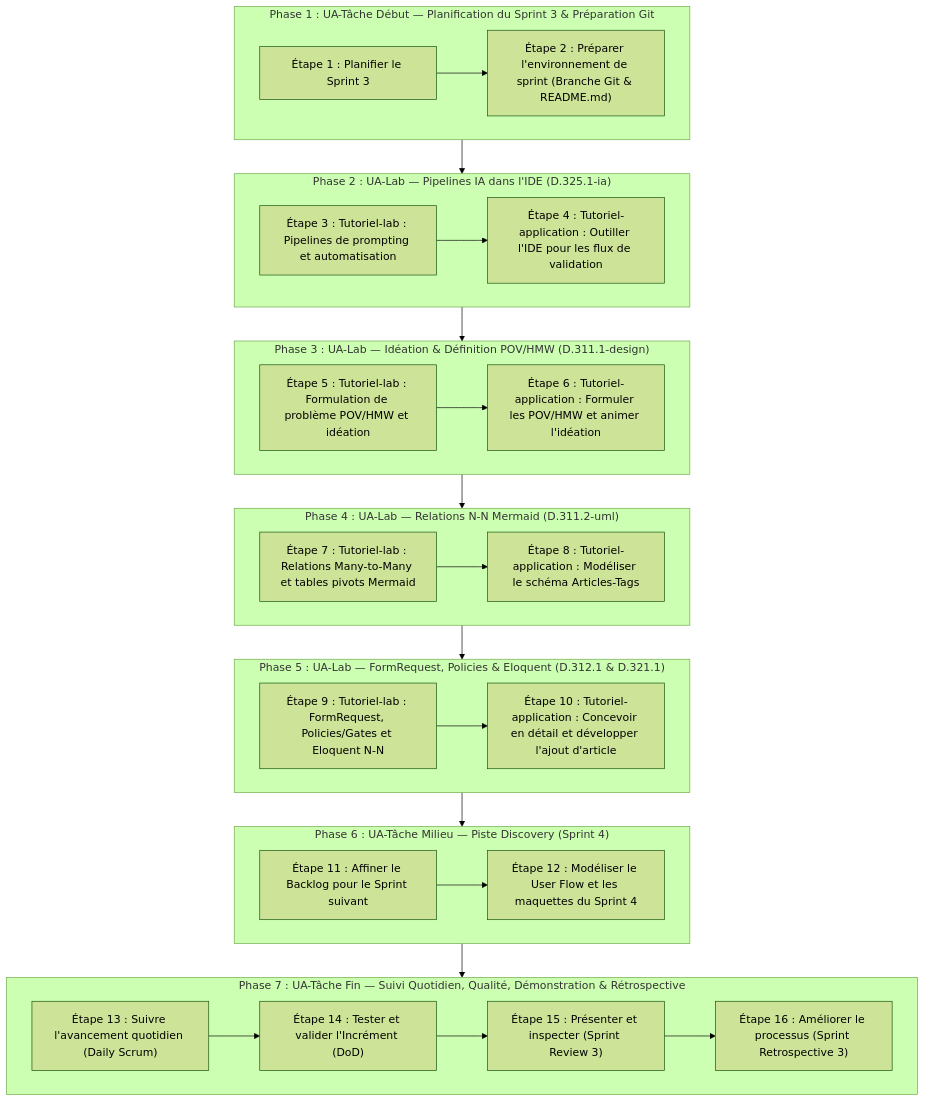
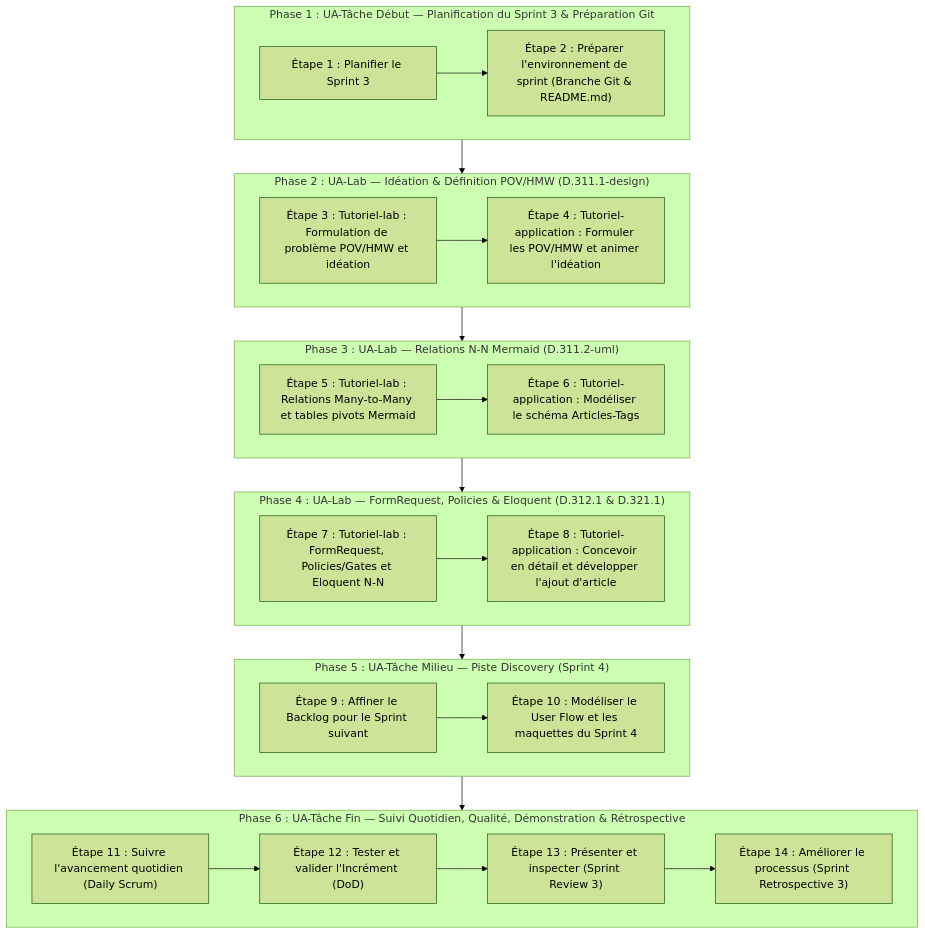
One commit to labs-web/projet-imiation-n3 changed the diagram in flux-travail/sessions/flux-travail-s3.md. Above: the diagram before and after it, drawn with Mermaid (forest theme). The commit also changed other lines of this file and 5 other files, not shown here.

````diff
--- a/flux-travail/sessions/flux-travail-s3.md
+++ b/flux-travail/sessions/flux-travail-s3.md
@@ -60,48 +57,42 @@
 ```mermaid
 flowchart TD
     subgraph P1 ["Phase 1 : UA-Tâche Début — Planification du Sprint 3 & Préparation Git"]
         E1["Étape 1 : Planifier le Sprint 3"]
         E2["Étape 2 : Préparer l'environnement de sprint (Branche Git & README.md)"]
         E1 --> E2
     end
 
-    subgraph P2 ["Phase 2 : UA-Lab — Pipelines IA dans l'IDE (D.325.1-ia)"]
-        E3["Étape 3 : Tutoriel-lab : Pipelines de prompting et automatisation"]
-        E4["Étape 4 : Tutoriel-application : Outiller l'IDE pour les flux de validation"]
+    subgraph P2 ["Phase 2 : UA-Lab — Idéation & Définition POV/HMW (D.311.1-design)"]
+        E3["Étape 3 : Tutoriel-lab : Formulation de problème POV/HMW et idéation"]
+        E4["Étape 4 : Tutoriel-application : Formuler les POV/HMW et animer l'idéation"]
         E3 --> E4
     end
 
-    subgraph P3 ["Phase 3 : UA-Lab — Idéation & Définition POV/HMW (D.311.1-design)"]
-        E5["Étape 5 : Tutoriel-lab : Formulation de problème POV/HMW et idéation"]
-        E6["Étape 6 : Tutoriel-application : Formuler les POV/HMW et animer l'idéation"]
+    subgraph P3 ["Phase 3 : UA-Lab — Relations N-N Mermaid (D.311.2-uml)"]
+        E5["Étape 5 : Tutoriel-lab : Relations Many-to-Many et tables pivots Mermaid"]
+        E6["Étape 6 : Tutoriel-application : Modéliser le schéma Articles-Tags"]
         E5 --> E6
     end
 
-    subgraph P4 ["Phase 4 : UA-Lab — Relations N-N Mermaid (D.311.2-uml)"]
-        E7["Étape 7 : Tutoriel-lab : Relations Many-to-Many et tables pivots Mermaid"]
-        E8["Étape 8 : Tutoriel-application : Modéliser le schéma Articles-Tags"]
+    subgraph P4 ["Phase 4 : UA-Lab — FormRequest, Policies & Eloquent (D.312.1 & D.321.1)"]
+        E7["Étape 7 : Tutoriel-lab : FormRequest, Policies/Gates et Eloquent N-N"]
+        E8["Étape 8 : Tutoriel-application : Concevoir en détail et développer l'ajout d'article"]
         E7 --> E8
     end
 
-    subgraph P5 ["Phase 5 : UA-Lab — FormRequest, Policies & Eloquent (D.312.1 & D.321.1)"]
-        E9["Étape 9 : Tutoriel-lab : FormRequest, Policies/Gates et Eloquent N-N"]
-        E10["Étape 10 : Tutoriel-application : Concevoir en détail et développer l'ajout d'article"]
+    subgraph P5 ["Phase 5 : UA-Tâche Milieu — Piste Discovery (Sprint 4)"]
+        E9["Étape 9 : Affiner le Backlog pour le Sprint suivant"]
+        E10["Étape 10 : Modéliser le User Flow et les maquettes du Sprint 4"]
         E9 --> E10
     end
 
-    subgraph P6 ["Phase 6 : UA-Tâche Milieu — Piste Discovery (Sprint 4)"]
-        E11["Étape 11 : Affiner le Backlog pour le Sprint suivant"]
-        E12["Étape 12 : Modéliser le User Flow et les maquettes du Sprint 4"]
-        E11 --> E12
+    subgraph P6 ["Phase 6 : UA-Tâche Fin — Suivi Quotidien, Qualité, Démonstration & Rétrospective"]
+        E11["Étape 11 : Suivre l'avancement quotidien (Daily Scrum)"]
+        E12["Étape 12 : Tester et valider l'Incrément (DoD)"]
+        E13["Étape 13 : Présenter et inspecter (Sprint Review 3)"]
+        E14["Étape 14 : Améliorer le processus (Sprint Retrospective 3)"]
+        E11 --> E12 --> E13 --> E14
     end
 
-    subgraph P7 ["Phase 7 : UA-Tâche Fin — Suivi Quotidien, Qualité, Démonstration & Rétrospective"]
-        E13["Étape 13 : Suivre l'avancement quotidien (Daily Scrum)"]
-        E14["Étape 14 : Tester et valider l'Incrément (DoD)"]
-        E15["Étape 15 : Présenter et inspecter (Sprint Review 3)"]
-        E16["Étape 16 : Améliorer le processus (Sprint Retrospective 3)"]
-        E13 --> E14 --> E15 --> E16
-    end
-
-    P1 --> P2 --> P3 --> P4 --> P5 --> P6 --> P7
+    P1 --> P2 --> P3 --> P4 --> P5 --> P6
 ```
````
